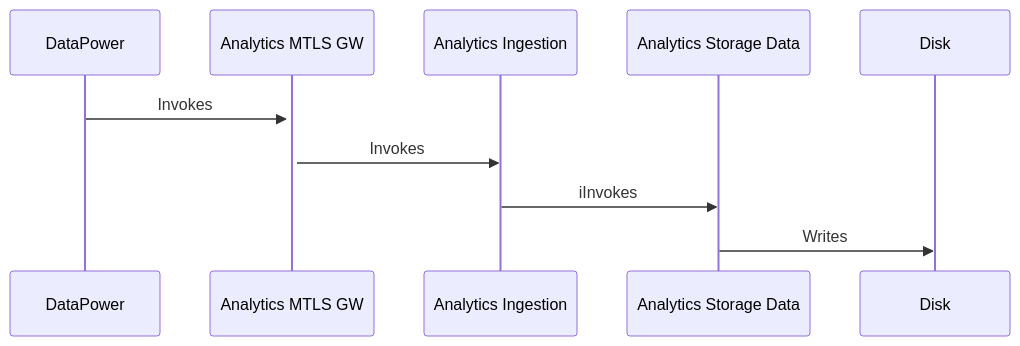
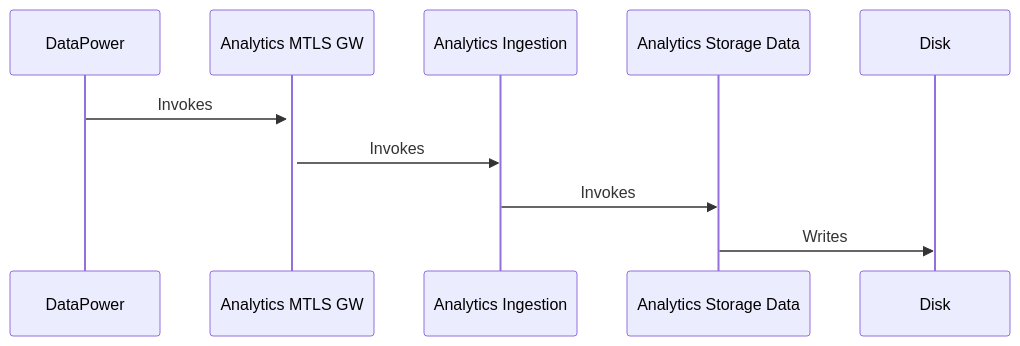
One commit to ChrisPhillips-cminion/ChrisPhillips-cminion.github.io changed the diagram in _posts/2022-02-08-APIConnectAnalyticsTuning.md. Above: the diagram before and after it, drawn with Mermaid.

Commit message:
fixed mermaid diagram

```diff
--- a/_posts/2022-02-08-APIConnectAnalyticsTuning.md
+++ b/_posts/2022-02-08-APIConnectAnalyticsTuning.md
@@ -21,7 +21,7 @@
 <div class="mermaid">
 sequenceDiagram
     DataPower->>+Analytics MTLS GW: Invokes
     Analytics MTLS GW->>Analytics Ingestion: Invokes
-    Analytics Ingestion->>Analytics Storage Data: iInvokes
+    Analytics Ingestion->>Analytics Storage Data: Invokes
     Analytics Storage Data->>Disk: Writes
  </div>
```
